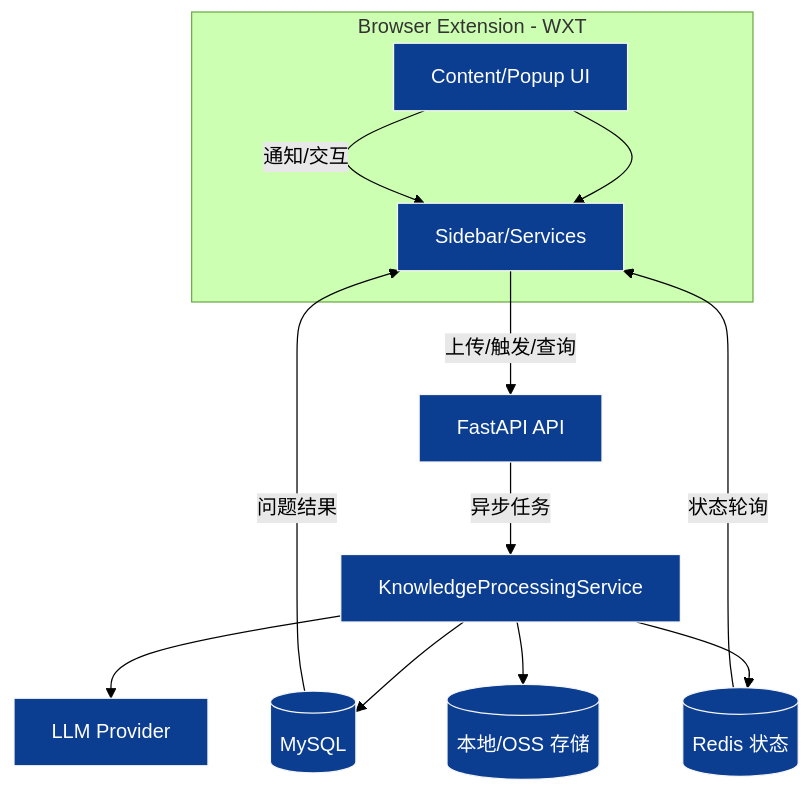
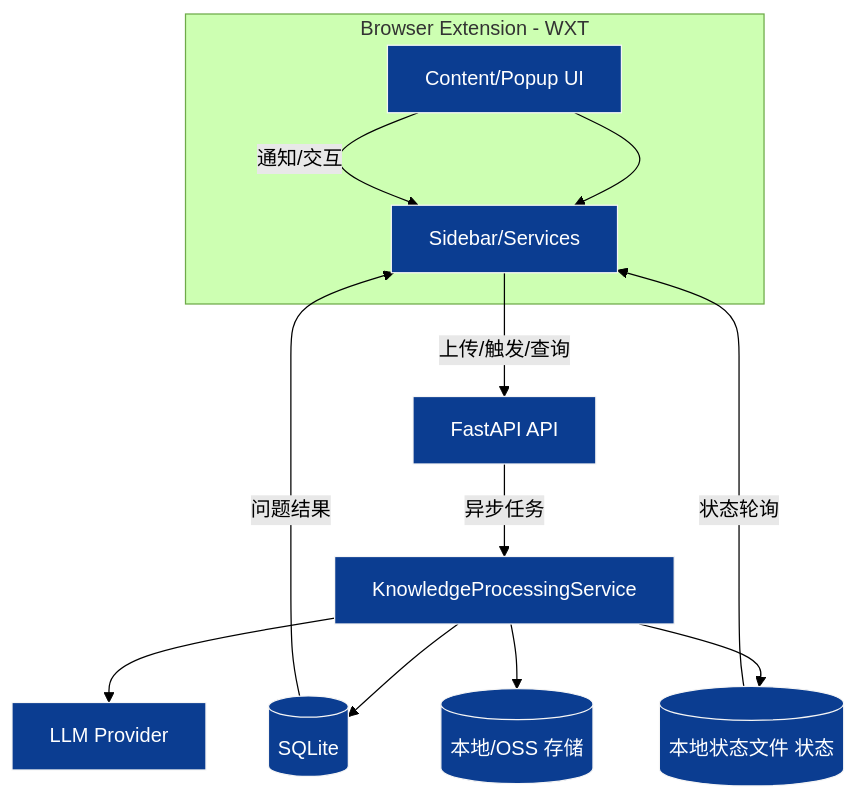
The first of 2 diagrams in README.md (jiabai/InsightFlow), drawn with Mermaid (forest theme) before and after one commit. The commit also changed other lines of this file and 57 other files, not shown here.

````diff
--- a/README.md
+++ b/README.md
@@ -197,20 +207,20 @@
 ```mermaid
 flowchart TD
   subgraph Browser_Extension [Browser Extension - WXT]
     A[Content/Popup UI] --> B[Sidebar/Services]
   end
   B -->|上传/触发/查询| D[FastAPI API]
   A -->|通知/交互| B
 
   D -->|异步任务| E[KnowledgeProcessingService]
   E --> F[LLM Provider]
-  E --> G[(MySQL)]
-  E --> H[(Redis 状态)]
+  E --> G[(SQLite)]
+  E --> H[(本地状态文件 状态)]
   E --> I[(本地/OSS 存储)]
 
   H -->|状态轮询| B
   G -->|问题结果| B
 
   classDef dark fill:#0b3d91,stroke:#f5f5f5,color:#ffffff;
   class A,B,D,E,F,G,H,I dark;
 ```
````
